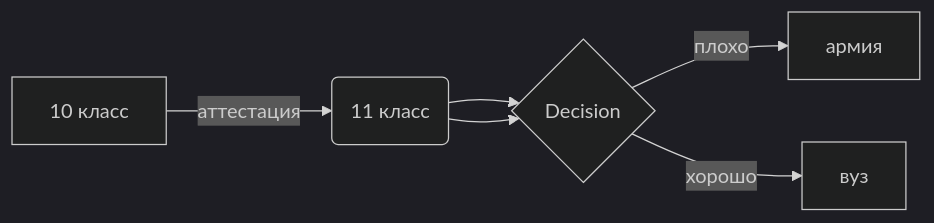
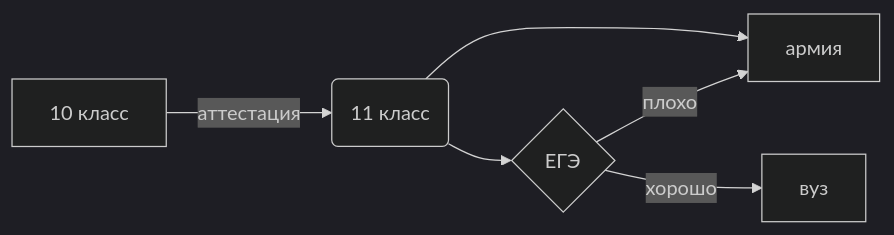
Before and after one commit to AndreDem135/FirstRepository: the diagram in README.md, drawn with Mermaid (dark theme).

````diff
--- a/README.md
+++ b/README.md
@@ -52,9 +52,9 @@
 ```mermaid
 flowchart LR
 
 A[10 класс] -->|аттестация| B(11 класс)
 B --> C{ЕГЭ}
-B --> C{Decision}
+B --> D{Decision}
 C -->|плохо| D[армия]
 C -->|хорошо| E[вуз]
 ```
````
